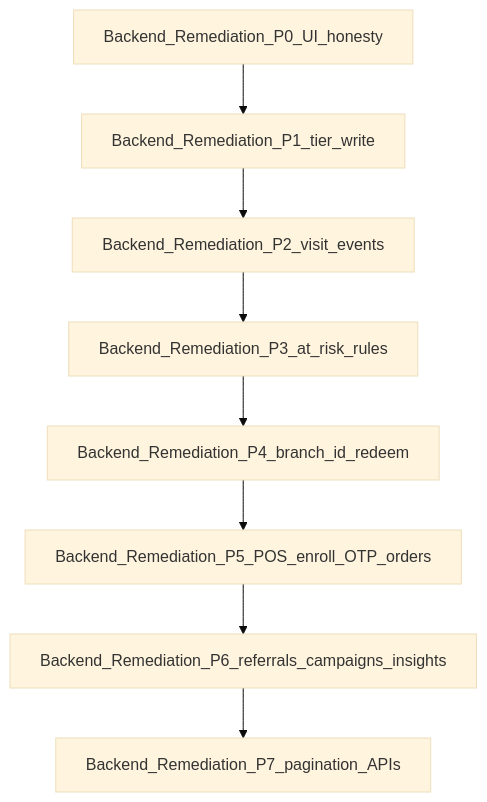
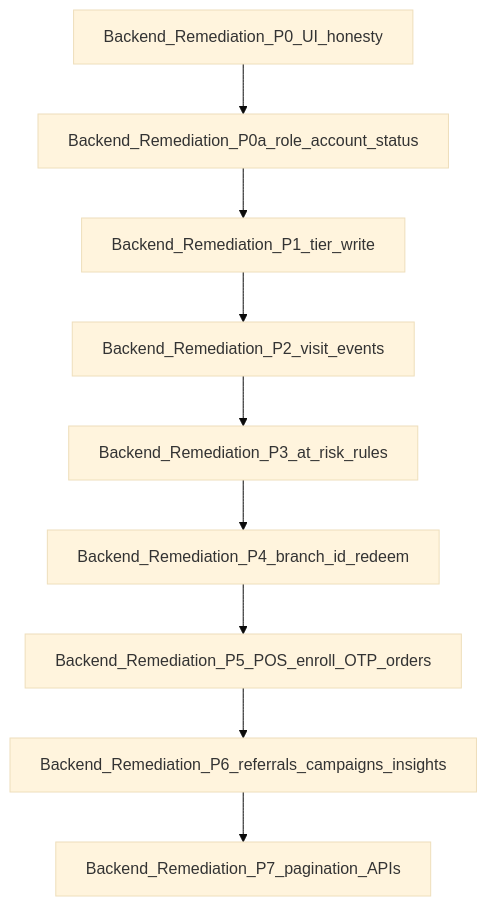
Before and after one commit to Ali-sherif/loyollo-web: the diagram in docs/backend/remediation-roadmap.md, drawn with Mermaid (base theme). The commit also changed other lines of this file and 23 other files, not shown here.

````diff
--- a/docs/backend/remediation-roadmap.md
+++ b/docs/backend/remediation-roadmap.md
@@ -11,10 +11,11 @@
 ```mermaid
 flowchart TD
-  P0[Backend_Remediation_P0_UI_honesty] --> P1[Backend_Remediation_P1_tier_write]
+  P0[Backend_Remediation_P0_UI_honesty] --> P0a[Backend_Remediation_P0a_role_account_status]
+  P0a --> P1[Backend_Remediation_P1_tier_write]
   P1 --> P2[Backend_Remediation_P2_visit_events]
   P2 --> P3[Backend_Remediation_P3_at_risk_rules]
   P3 --> P4[Backend_Remediation_P4_branch_id_redeem]
   P4 --> P5[Backend_Remediation_P5_POS_enroll_OTP_orders]
   P5 --> P6[Backend_Remediation_P6_referrals_campaigns_insights]
   P6 --> P7[Backend_Remediation_P7_pagination_APIs]
 ```
````
